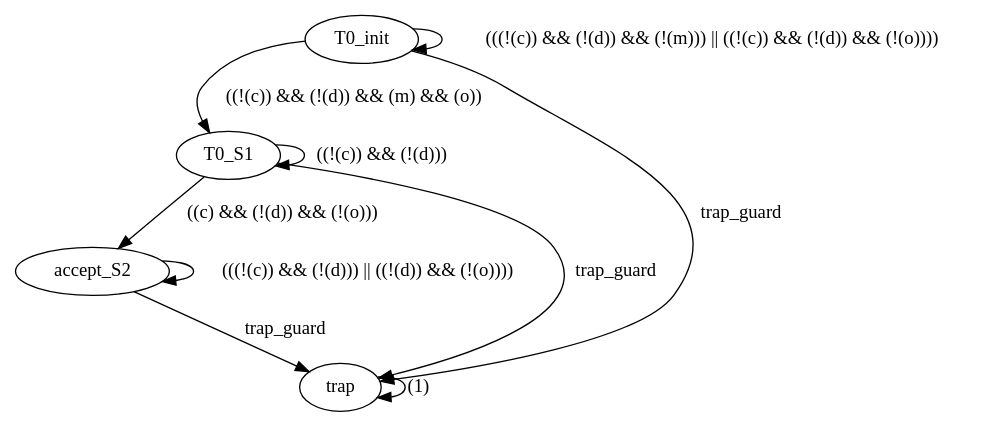
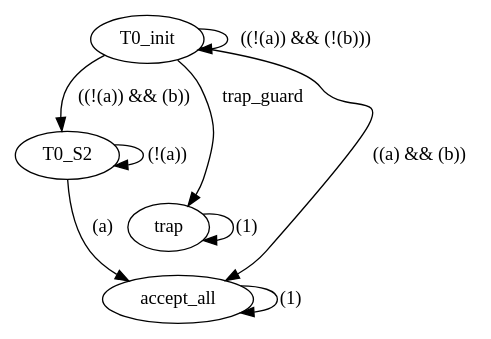
The diagram in docker/dirs-to-copy/tl_utils/sandbox/figures/g.dot (xli4217/cbf_learning_feasibility), drawn with Graphviz before and after one commit. The commit also changed 13 other files, not shown here.

```diff
--- a/docker/dirs-to-copy/tl_utils/sandbox/figures/g.dot
+++ b/docker/dirs-to-copy/tl_utils/sandbox/figures/g.dot
@@ -1,15 +1,14 @@
 digraph "" {
-accept_S2;
+T0_S2;
 T0_init;
-T0_S1;
 trap;
-accept_S2 -> accept_S2  [guard="(((!(c)) && (!(d))) || ((!(d)) && (!(o))))", input="set([0, 1, 2, 3, 8, 10])", key=0, label="(((!(c)) && (!(d))) || ((!(d)) && (!(o))))", weight=0];
-accept_S2 -> trap  [guard=trap_guard, input="set([4, 5, 6, 7, 9, 11, 12, 13, 14, 15])", key=0, label=trap_guard, weight=0];
-T0_init -> T0_init  [guard="(((!(c)) && (!(d)) && (!(m))) || ((!(c)) && (!(d)) && (!(o))))", input="set([0, 8, 2])", key=0, label="(((!(c)) && (!(d)) && (!(m))) || ((!(c)) && (!(d)) && (!(o))))", weight=0];
-T0_init -> T0_S1  [guard="((!(c)) && (!(d)) && (m) && (o))", input="set([10])", key=0, label="((!(c)) && (!(d)) && (m) && (o))", weight=0];
-T0_init -> trap  [guard=trap_guard, input="set([1, 3, 4, 5, 6, 7, 9, 11, 12, 13, 14, 15])", key=0, label=trap_guard, weight=0];
-T0_S1 -> accept_S2  [guard="((c) && (!(d)) && (!(o)))", input="set([1, 3])", key=0, label="((c) && (!(d)) && (!(o)))", weight=0];
-T0_S1 -> T0_S1  [guard="((!(c)) && (!(d)))", input="set([0, 8, 2, 10])", key=0, label="((!(c)) && (!(d)))", weight=0];
-T0_S1 -> trap  [guard=trap_guard, input="set([4, 5, 6, 7, 9, 11, 12, 13, 14, 15])", key=0, label=trap_guard, weight=0];
-trap -> trap  [guard="(1)", input="set([0, 1, 2, 3, 4, 5, 6, 7, 8, 9, 10, 11, 12, 13, 14, 15])", key=0, label="(1)", weight=0];
+accept_all;
+T0_S2 -> T0_S2  [guard="(!(a))", input="set([0, 2])", key=0, label="(!(a))", weight=0];
+T0_S2 -> accept_all  [guard="(a)", input="set([1, 3])", key=0, label="(a)", weight=0];
+T0_init -> T0_S2  [guard="((!(a)) && (b))", input="set([2])", key=0, label="((!(a)) && (b))", weight=0];
+T0_init -> T0_init  [guard="((!(a)) && (!(b)))", input="set([0])", key=0, label="((!(a)) && (!(b)))", weight=0];
+T0_init -> trap  [guard=trap_guard, input="set([1])", key=0, label=trap_guard, weight=0];
+T0_init -> accept_all  [guard="((a) && (b))", input="set([3])", key=0, label="((a) && (b))", weight=0];
+trap -> trap  [guard="(1)", input="set([0, 1, 2, 3])", key=0, label="(1)", weight=0];
+accept_all -> accept_all  [guard="(1)", input="set([0, 1, 2, 3])", key=0, label="(1)", weight=0];
 }
```
